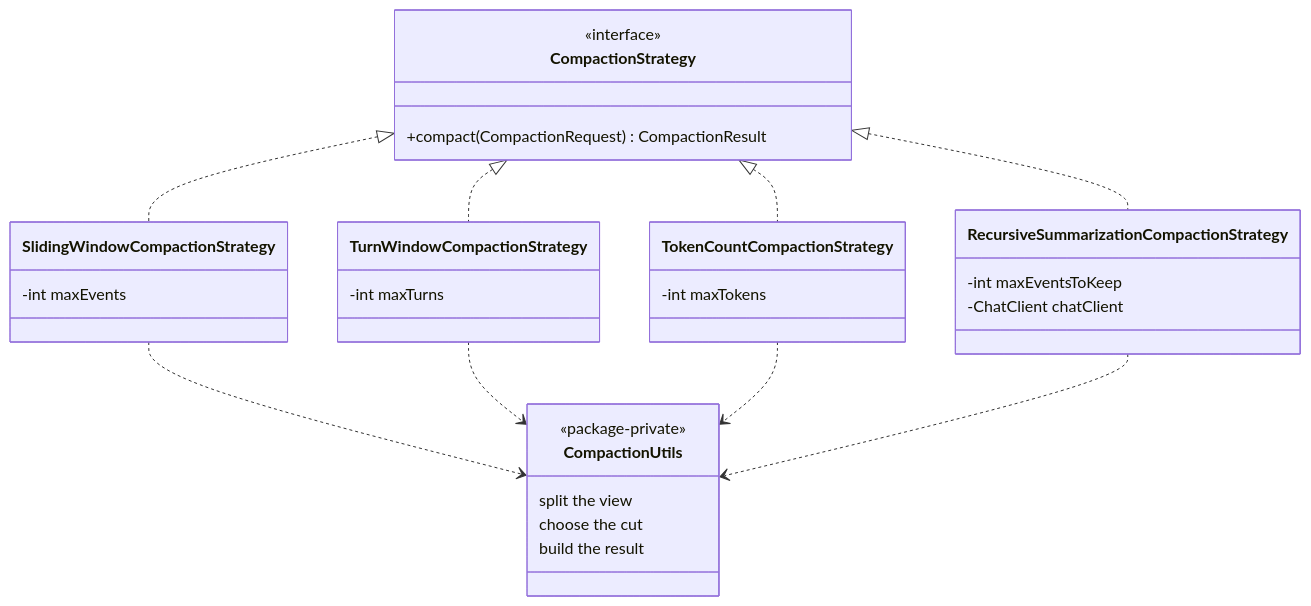
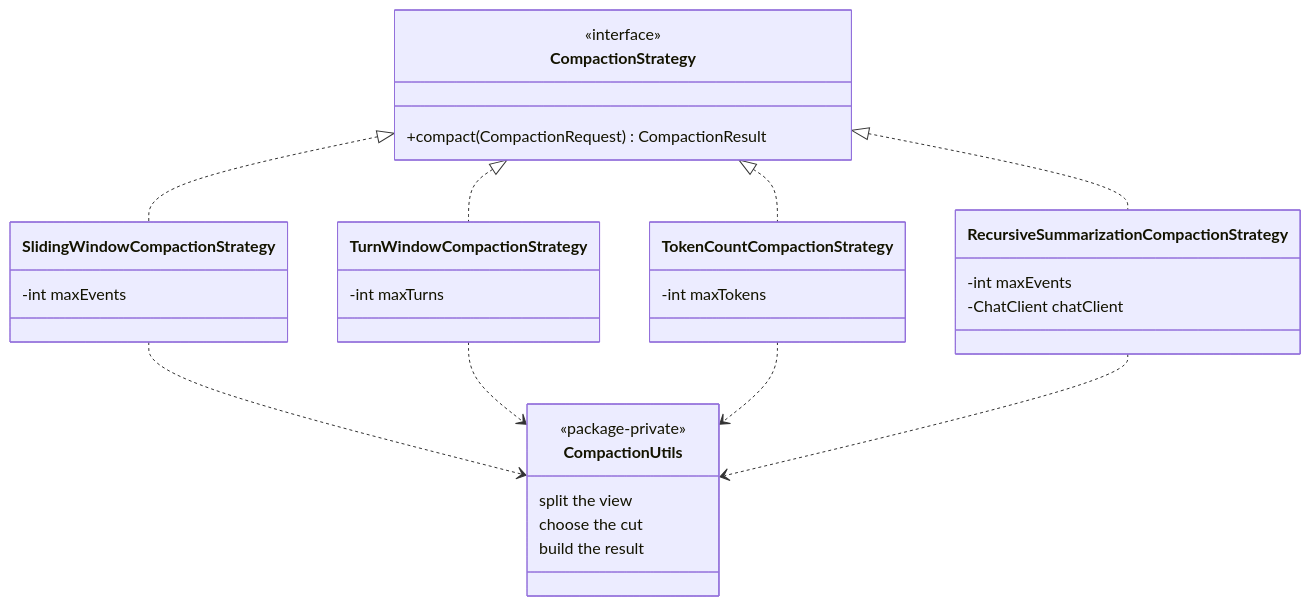
One commit to spring-ai-community/spring-ai-session changed the third of 9 diagrams in docs/session-management/compaction-internals.md. Above: the diagram before and after it, drawn with Mermaid. The commit also changed other lines of this file and 65 other files, not shown here.

````diff
--- a/docs/session-management/compaction-internals.md
+++ b/docs/session-management/compaction-internals.md
@@ -160,37 +160,37 @@
 ```mermaid
 classDiagram
     direction TB
 
     class CompactionStrategy {
         <<interface>>
         +compact(CompactionRequest) CompactionResult
     }
     class SlidingWindowCompactionStrategy {
         -int maxEvents
     }
     class TurnWindowCompactionStrategy {
         -int maxTurns
     }
     class TokenCountCompactionStrategy {
         -int maxTokens
     }
     class RecursiveSummarizationCompactionStrategy {
-        -int maxEventsToKeep
+        -int maxEvents
         -ChatClient chatClient
     }
     class CompactionUtils {
         <<package-private>>
         split the view
         choose the cut
         build the result
     }
 
     CompactionStrategy <|.. SlidingWindowCompactionStrategy
     CompactionStrategy <|.. TurnWindowCompactionStrategy
     CompactionStrategy <|.. TokenCountCompactionStrategy
     CompactionStrategy <|.. RecursiveSummarizationCompactionStrategy
     SlidingWindowCompactionStrategy ..> CompactionUtils
     TurnWindowCompactionStrategy ..> CompactionUtils
     TokenCountCompactionStrategy ..> CompactionUtils
     RecursiveSummarizationCompactionStrategy ..> CompactionUtils
 ```
````
